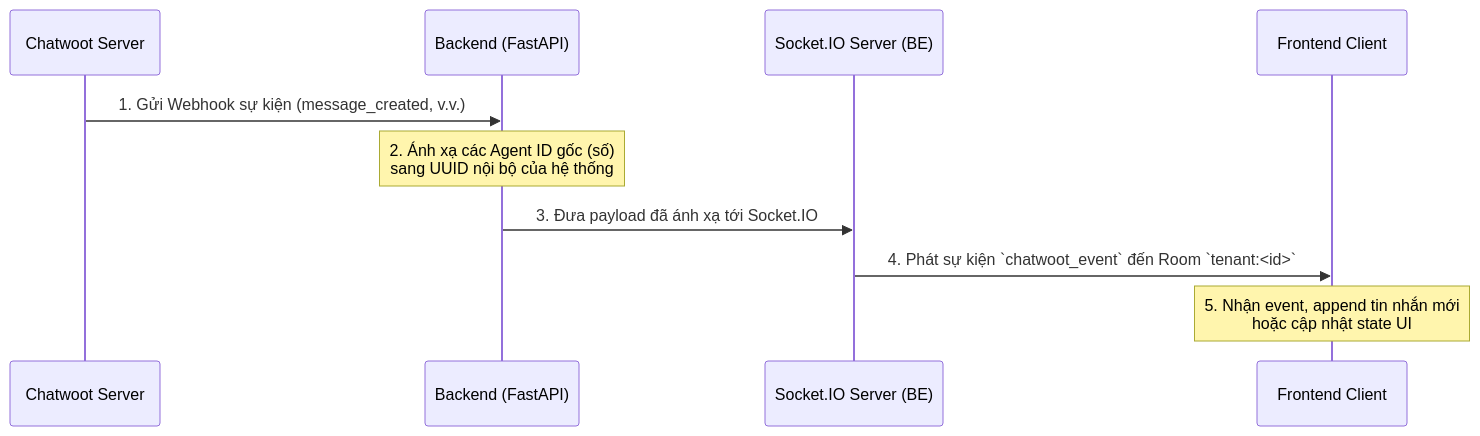
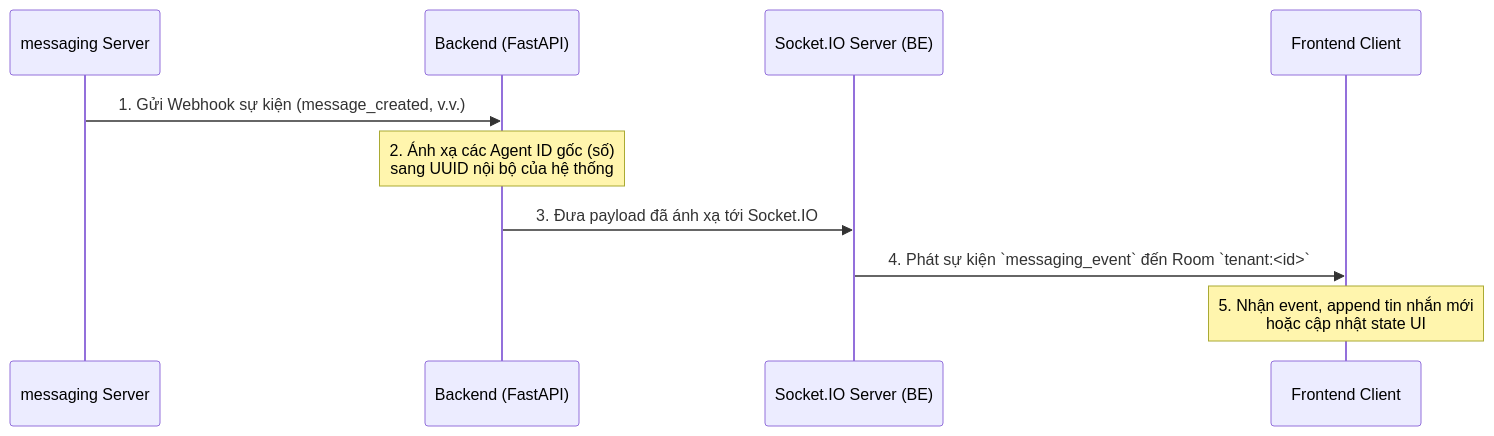
One commit to CGV-TELECOM/Omnichannel changed the diagram in docs/frontend_integration.md. Above: the diagram before and after it, drawn with Mermaid. The commit also changed other lines of this file and 36 other files, not shown here.

````diff
--- a/docs/frontend_integration.md
+++ b/docs/frontend_integration.md
@@ -8,13 +8,13 @@
 ```mermaid
 sequenceDiagram
-    participant CW as Chatwoot Server
+    participant CW as messaging Server
     participant BE as Backend (FastAPI)
     participant Socket as Socket.IO Server (BE)
     participant FE as Frontend Client
 
     CW->>BE: 1. Gửi Webhook sự kiện (message_created, v.v.)
     Note over BE: 2. Ánh xạ các Agent ID gốc (số)<br/>sang UUID nội bộ của hệ thống
     BE->>Socket: 3. Đưa payload đã ánh xạ tới Socket.IO
-    Socket->>FE: 4. Phát sự kiện `chatwoot_event` đến Room `tenant:<id>`
+    Socket->>FE: 4. Phát sự kiện `messaging_event` đến Room `tenant:<id>`
     Note over FE: 5. Nhận event, append tin nhắn mới<br/>hoặc cập nhật state UI
 ```
````
